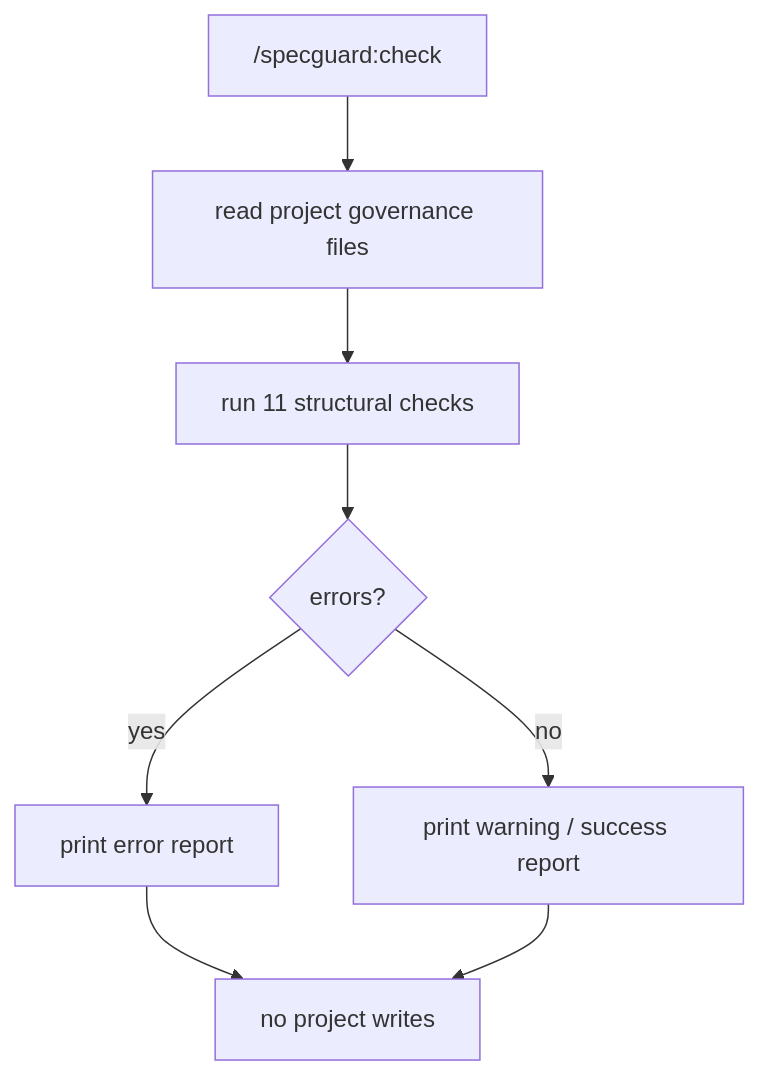
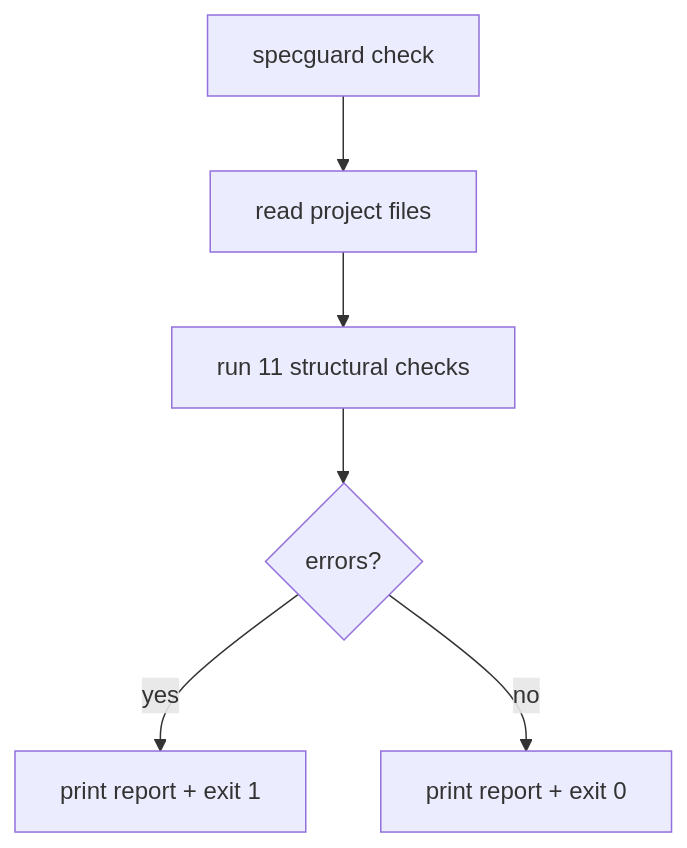
One commit to saberhaha/specguard changed the third of 3 diagrams in docs/specguard/design.md. Above: the diagram before and after it, drawn with Mermaid. The commit also changed other lines of this file and 7 other files, not shown here.

````diff
--- a/docs/specguard/design.md
+++ b/docs/specguard/design.md
@@ -55,10 +50,8 @@
 ```mermaid
 flowchart TD
-  A["/specguard:check"] --> B[read project governance files]
+  A["specguard check"] --> B[read project files]
   B --> C[run 11 structural checks]
   C --> D{errors?}
-  D -->|yes| E[print error report]
-  D -->|no| F[print warning / success report]
-  E --> G[no project writes]
-  F --> G
+  D -->|yes| E["print report + exit 1"]
+  D -->|no| F["print report + exit 0"]
 ```
````
